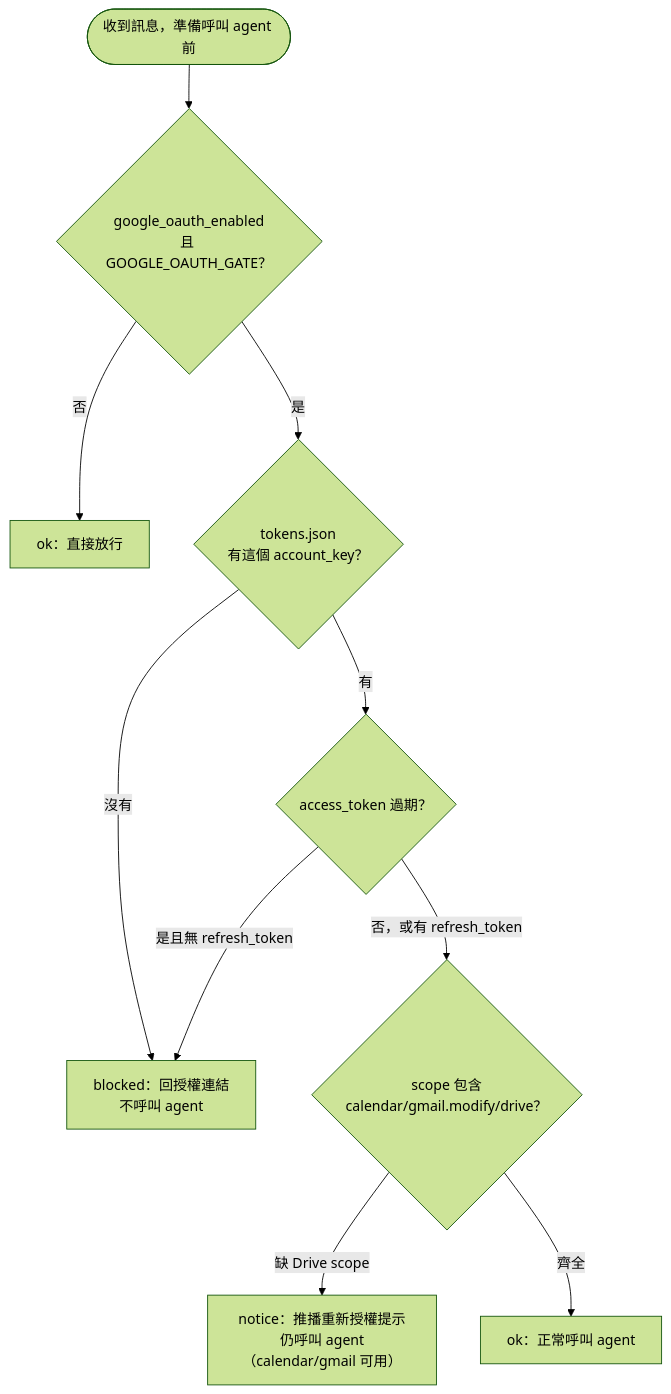
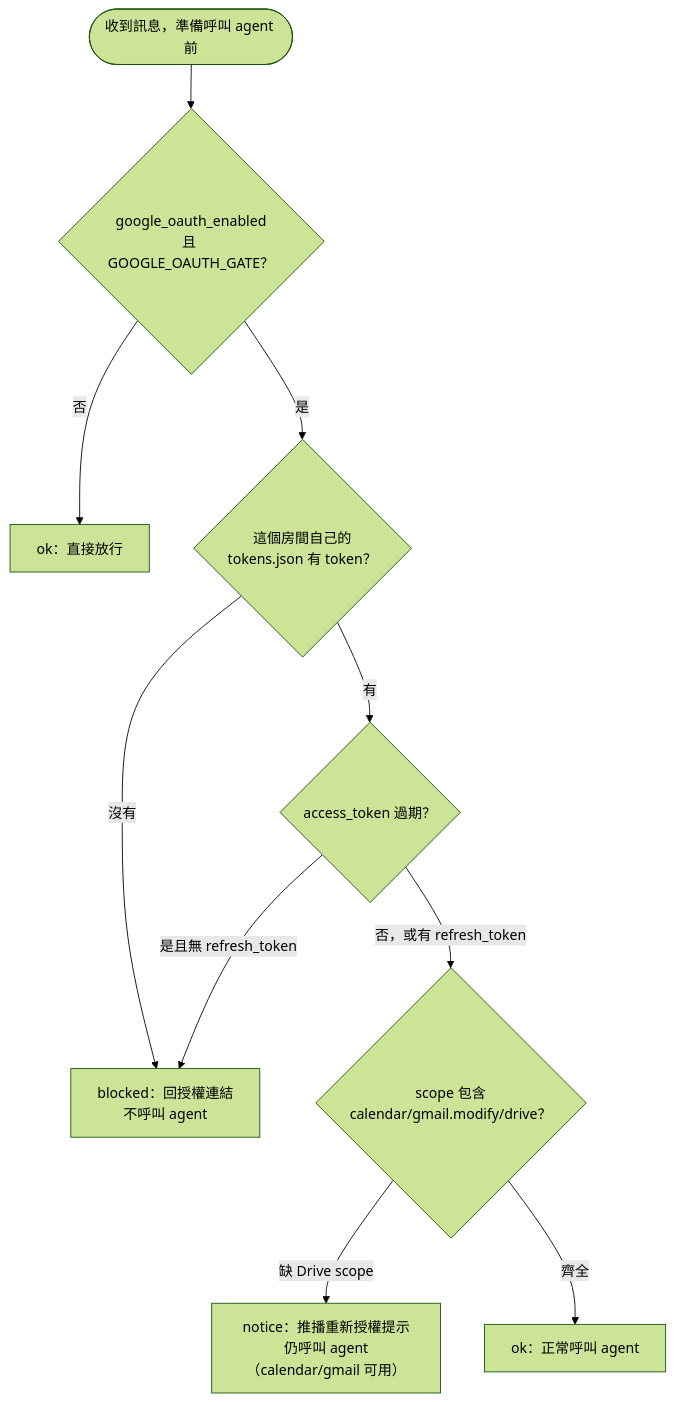
One commit to marychouchou/alice-office changed the third of 3 diagrams in README.md. Above: the diagram before and after it, drawn with Mermaid (forest theme). The commit also changed other lines of this file and 8 other files, not shown here.

First line of the commit message:
docs: restore architecture docs under version control and trim README

````diff
--- a/README.md
+++ b/README.md
@@ -599,12 +555,12 @@
 ```mermaid
 flowchart TD
     Start(["收到訊息，準備呼叫 agent 前"]) --> Enabled{"google_oauth_enabled<br/>且 GOOGLE_OAUTH_GATE？"}
     Enabled -- "否" --> Ok1["ok：直接放行"]
-    Enabled -- "是" --> HasToken{"tokens.json<br/>有這個 account_key？"}
+    Enabled -- "是" --> HasToken{"這個房間自己的<br/>tokens.json 有 token？"}
     HasToken -- "沒有" --> Blocked["blocked：回授權連結<br/>不呼叫 agent"]
     HasToken -- "有" --> Expired{"access_token 過期？"}
     Expired -- "是且無 refresh_token" --> Blocked
     Expired -- "否，或有 refresh_token" --> Scopes{"scope 包含<br/>calendar/gmail.modify/drive？"}
     Scopes -- "缺 Drive scope" --> Notice["notice：推播重新授權提示<br/>仍呼叫 agent（calendar/gmail 可用）"]
     Scopes -- "齊全" --> Ok2["ok：正常呼叫 agent"]
 ```
````
